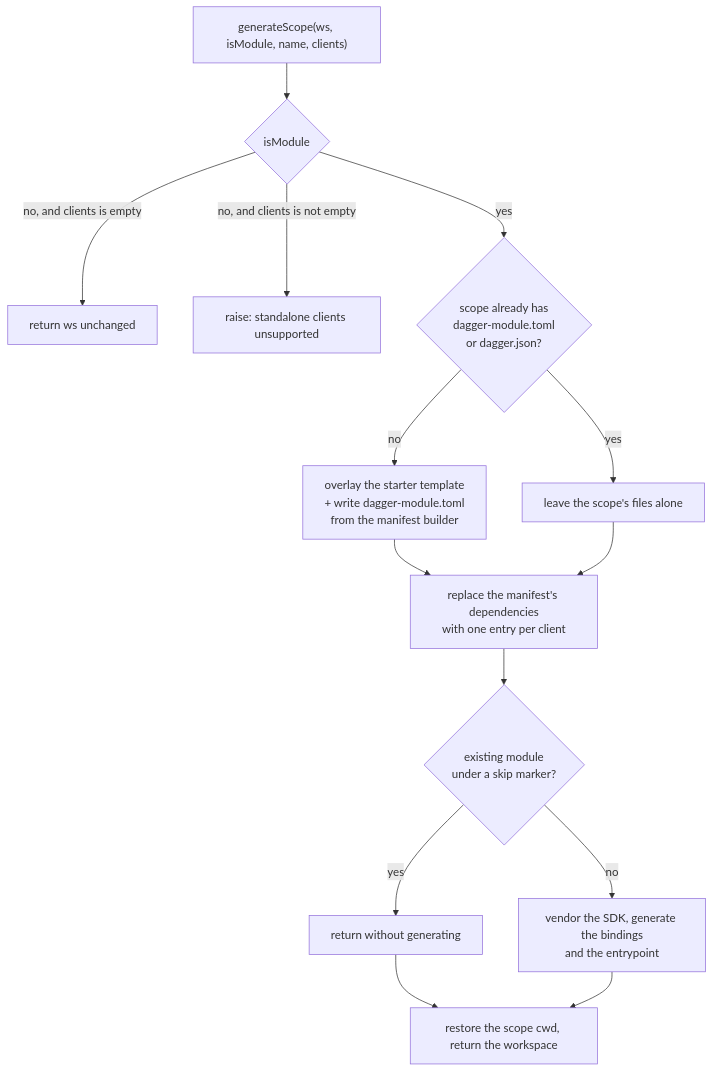
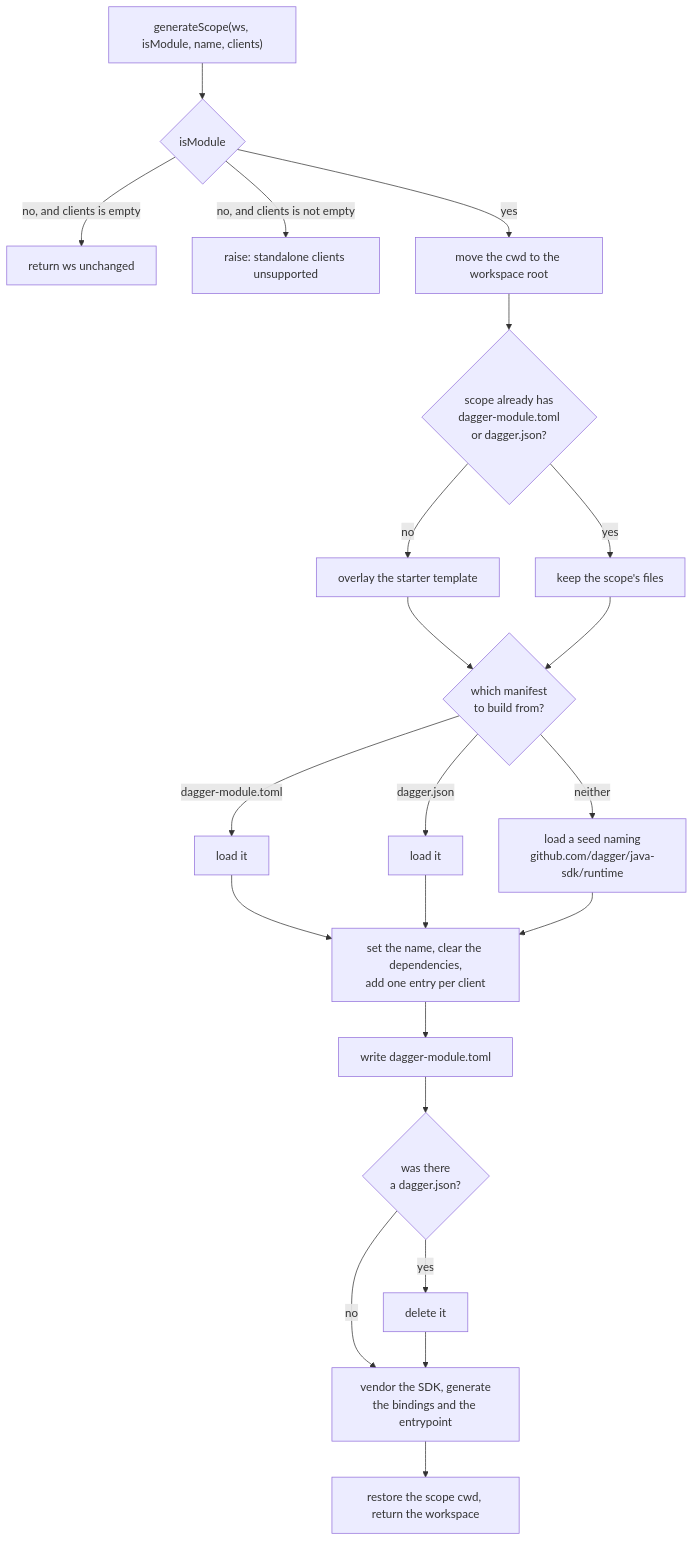
Before and after one commit to dagger/java-sdk: the diagram in hack/designs/2026-09-04-sdk-module-interface.md, drawn with Mermaid. The commit also changed other lines of this file and 17 other files, not shown here.

````diff
--- a/hack/designs/2026-09-04-sdk-module-interface.md
+++ b/hack/designs/2026-09-04-sdk-module-interface.md
@@ -138,16 +143,24 @@
 ```mermaid
 flowchart TD
     A["generateScope(ws, isModule, name, clients)"] --> B{isModule}
     B -- "no, and clients is empty" --> C["return ws unchanged"]
     B -- "no, and clients is not empty" --> D["raise: standalone clients unsupported"]
-    B -- yes --> E{"scope already has\ndagger-module.toml\nor dagger.json?"}
-    E -- no --> F["overlay the starter template\n+ write dagger-module.toml\nfrom the manifest builder"]
-    E -- yes --> G["leave the scope's files alone"]
-    F --> H["replace the manifest's dependencies\nwith one entry per client"]
-    G --> H
-    H --> I{"existing module\nunder a skip marker?"}
-    I -- yes --> J["return without generating"]
-    I -- no --> K["vendor the SDK, generate the bindings\nand the entrypoint"]
-    J --> L["restore the scope cwd, return the workspace"]
-    K --> L
+    B -- yes --> E["move the cwd to the workspace root"]
+    E --> F{"scope already has\ndagger-module.toml\nor dagger.json?"}
+    F -- no --> G["overlay the starter template"]
+    F -- yes --> H["keep the scope's files"]
+    G --> I{"which manifest\nto build from?"}
+    H --> I
+    I -- "dagger-module.toml" --> J["load it"]
+    I -- "dagger.json" --> K["load it"]
+    I -- neither --> L["load a seed naming\ngithub.com/dagger/java-sdk/runtime"]
+    J --> M["set the name, clear the dependencies,\nadd one entry per client"]
+    K --> M
+    L --> M
+    M --> N["write dagger-module.toml"]
+    N --> O{"was there\na dagger.json?"}
+    O -- yes --> P["delete it"]
+    O -- no --> Q["vendor the SDK, generate\nthe bindings and the entrypoint"]
+    P --> Q
+    Q --> R["restore the scope cwd, return the workspace"]
 ```
````
